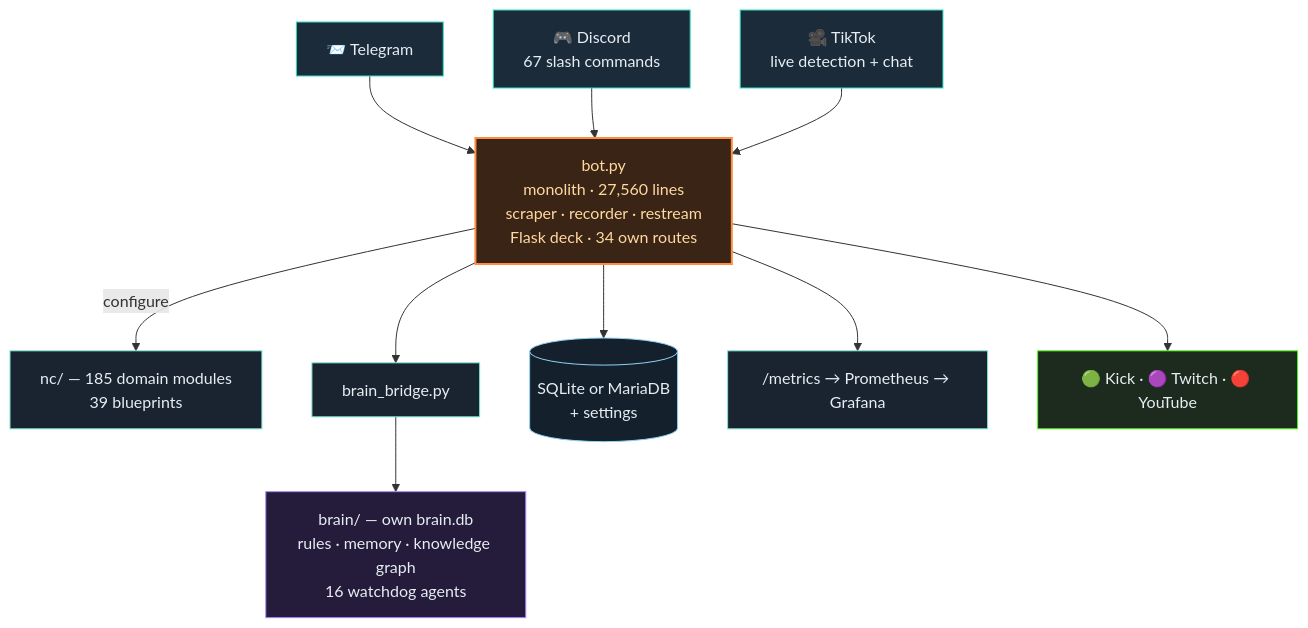
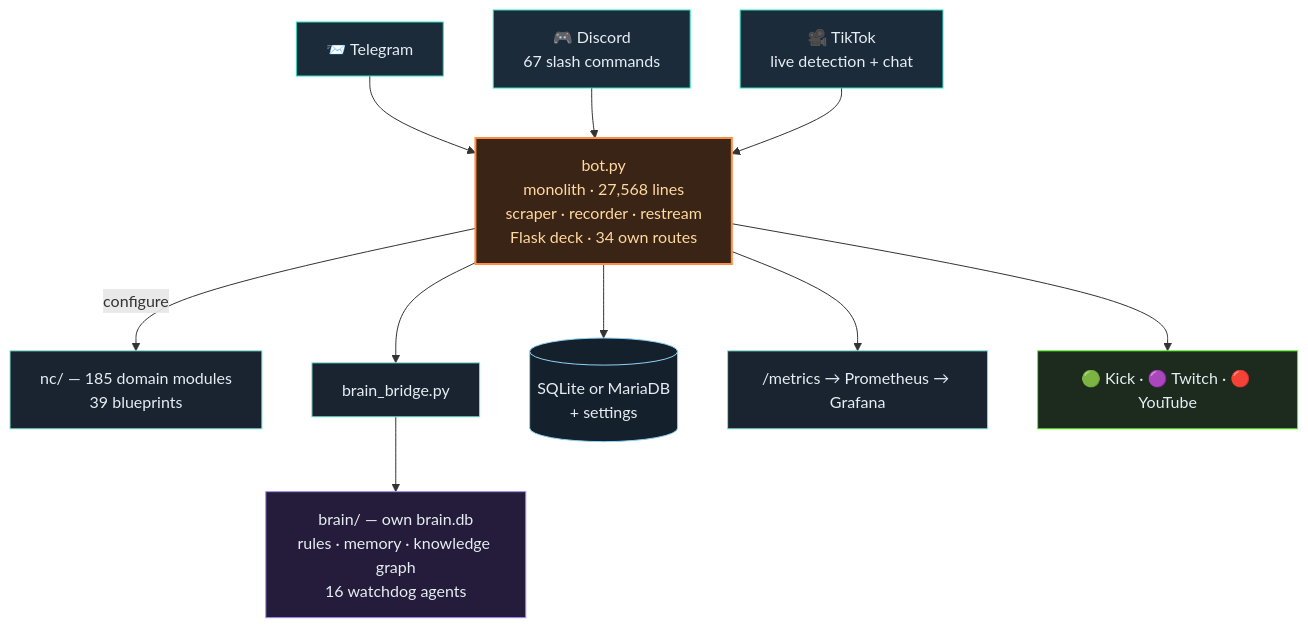
The second of 3 diagrams in README.en.md (itsamemedev/Telegram-Stream-Info-Bot), drawn with Mermaid before and after one commit. The commit also changed other lines of this file and 11 other files, not shown here.

````diff
--- a/README.en.md
+++ b/README.en.md
@@ -119,19 +119,19 @@
 ```mermaid
 flowchart TB
     TG["📨 Telegram"]:::ein --> BOT
     DC["🎮 Discord<br/>67 slash commands"]:::ein --> BOT
     TT["🎥 TikTok<br/>live detection + chat"]:::ein --> BOT
-    BOT["bot.py<br/>monolith · 27,560 lines<br/>scraper · recorder · restream<br/>Flask deck · 34 own routes"]:::core
+    BOT["bot.py<br/>monolith · 27,568 lines<br/>scraper · recorder · restream<br/>Flask deck · 34 own routes"]:::core
     BOT -->|configure| NC["nc/ — 185 domain modules<br/>39 blueprints"]:::lib
     BOT --> BR["brain_bridge.py"]:::lib
     BR --> BRAIN["brain/ — own brain.db<br/>rules · memory · knowledge graph<br/>16 watchdog agents"]:::brain
     BOT --> DB[("SQLite or MariaDB<br/>+ settings")]:::db
     BOT --> PROM["/metrics → Prometheus → Grafana"]:::lib
     BOT --> OUT["🟢 Kick · 🟣 Twitch · 🔴 YouTube"]:::out
     classDef ein fill:#1c2b3a,stroke:#2de1c2,color:#e6edf3
     classDef core fill:#3a2415,stroke:#ff8c42,stroke-width:2px,color:#ffd9a0
     classDef lib fill:#1a2430,stroke:#7fe7d4,color:#e6edf3
     classDef brain fill:#241c3a,stroke:#a78bfa,color:#e6edf3
     classDef db fill:#14202c,stroke:#8fd3f4,color:#e6edf3
     classDef out fill:#1c2b1e,stroke:#53fc18,color:#e6edf3
 ```
````
